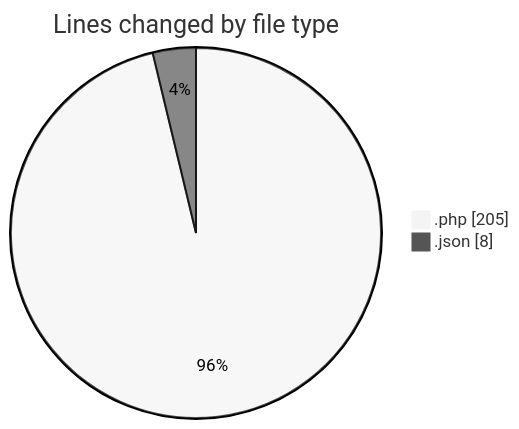
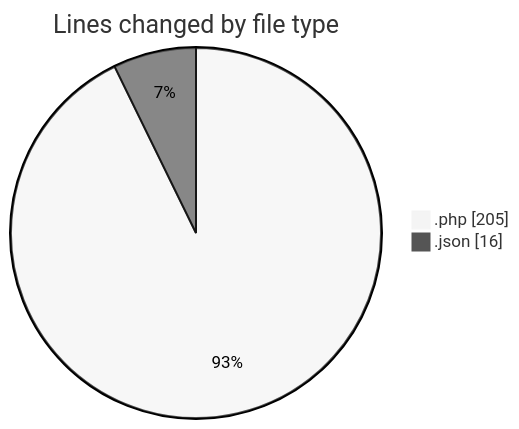
Before and after one commit to debugP/code-tracking: the first of 2 diagrams in 2026-07-03/wp-content/README.md, drawn with Mermaid (neutral theme). The commit also changed other lines of this file and 1 other file, not shown here.

````diff
--- a/2026-07-03/wp-content/README.md
+++ b/2026-07-03/wp-content/README.md
@@ -22,6 +22,6 @@
 ```mermaid
 pie showData
 title Lines changed by file type
 ".php" : 205
-".json" : 8
+".json" : 16
 ```
````
